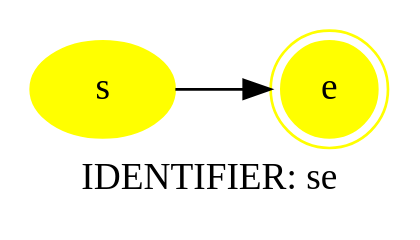
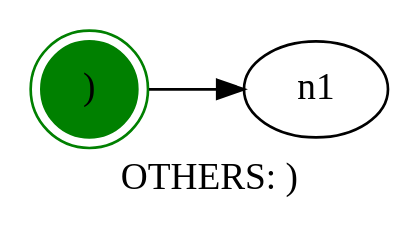
Before and after one commit to Jbrod5/lenguajes: the diagram in parser-py/Plots/4_toPlot.dot, drawn with Graphviz. The commit also changed 15 other files, not shown here.

```diff
--- a/parser-py/Plots/4_toPlot.dot
+++ b/parser-py/Plots/4_toPlot.dot
@@ -1,7 +1,6 @@
 digraph Plot{
    rankdir = LR;
-   label = "IDENTIFIER: se";
-    n0[style = filled, color = yellow, label = "s"];
-    n1[style = filled, color = yellow, label = "e" ,shape = doublecircle];
+   label = "OTHERS: )";
+    n0[style = filled, color = green, label = ")" ,shape = doublecircle];
     n0 -> n1;
 }
```
